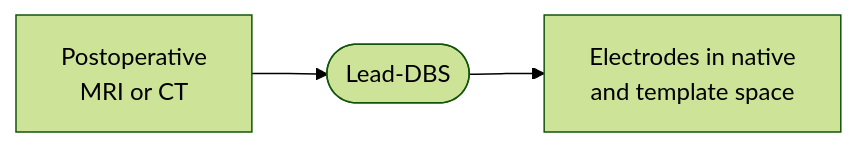
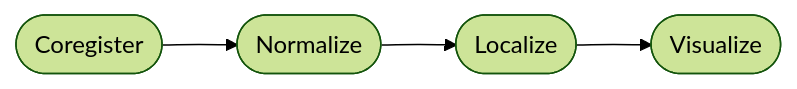
Before and after one commit to netstim/lead-dbs-website: the diagram in assets/diagrams/localize.mmd, drawn with Mermaid (forest theme). The commit also changed 108 other files, not shown here.

```diff
--- a/assets/diagrams/localize.mmd
+++ b/assets/diagrams/localize.mmd
@@ -1,2 +1,2 @@
 flowchart LR
-  A["Postoperative<br/>MRI or CT"] --> B(["Lead-DBS"]) --> C["Electrodes in native<br/>and template space"]
+  A(["Coregister"]) --> B(["Normalize"]) --> C(["Localize"]) --> D(["Visualize"])
```
